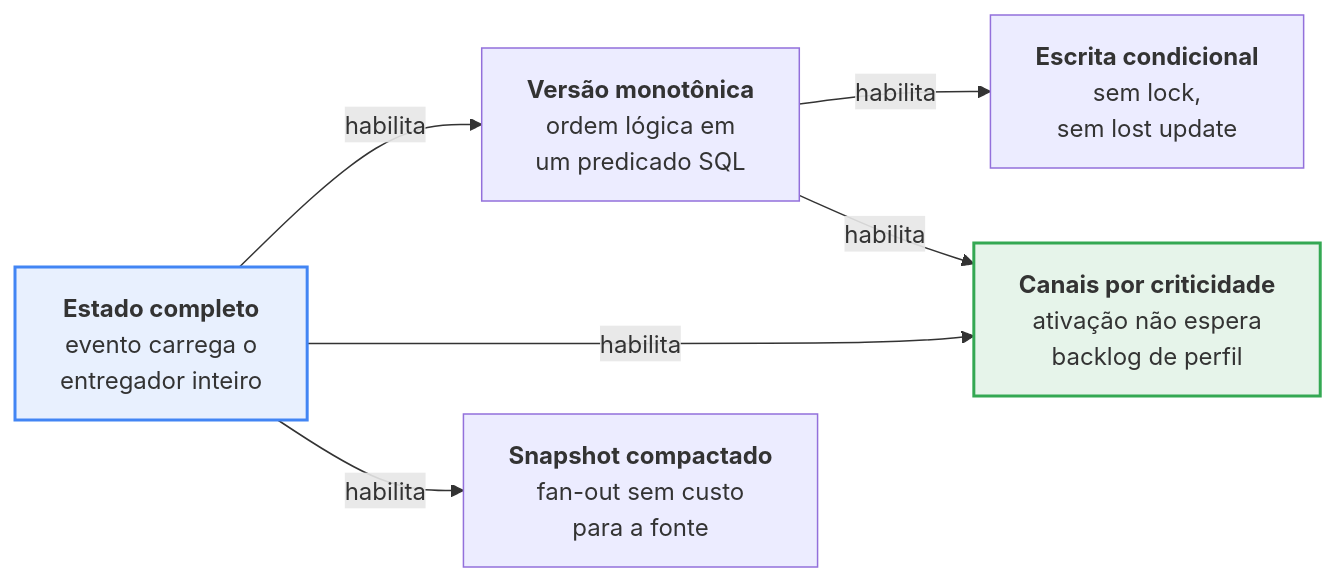
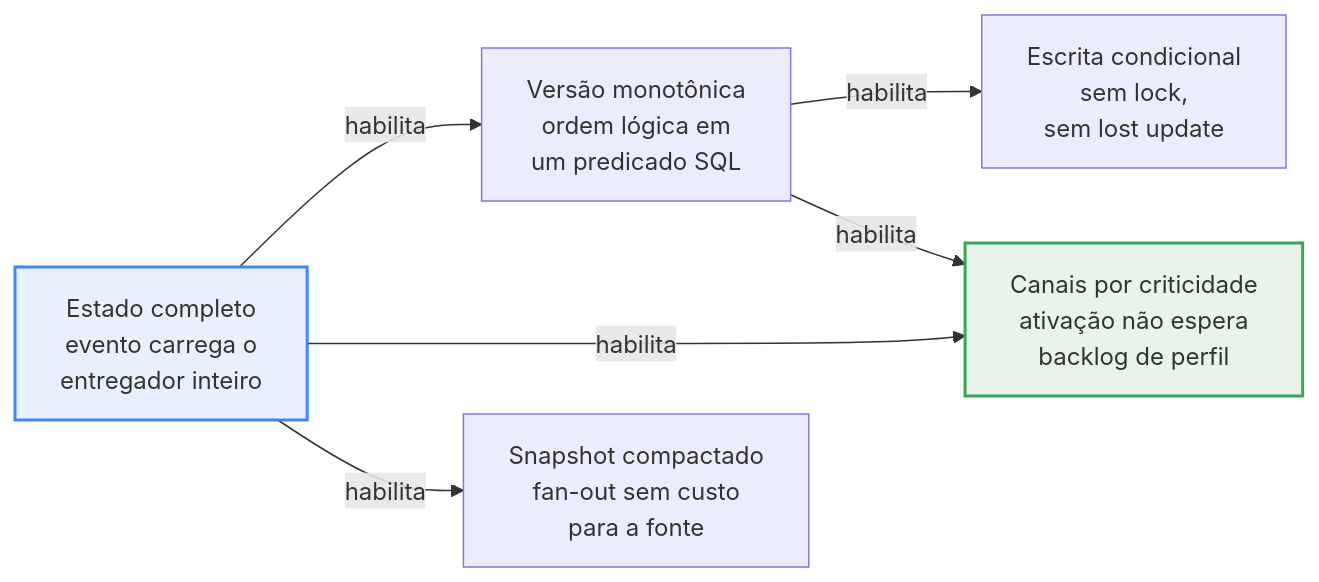
One commit to elysonromeiro/luizalabs-driver-sync-sdd changed the diagram in README.md. Above: the diagram before and after it, drawn with Mermaid. The commit also changed other lines of this file and 5 other files, not shown here.

````diff
--- a/README.md
+++ b/README.md
@@ -14,17 +14,17 @@
 ```mermaid
 flowchart LR
-    A["<b>Estado completo</b><br/>evento carrega o<br/>entregador inteiro"]
-    B["<b>Versão monotônica</b><br/>ordem lógica em<br/>um predicado SQL"]
-    C["<b>Escrita condicional</b><br/>sem lock,<br/>sem lost update"]
-    D["<b>Canais por criticidade</b><br/>ativação não espera<br/>backlog de perfil"]
-    E["<b>Snapshot compactado</b><br/>fan-out sem custo<br/>para a fonte"]
+    A["Estado completo<br/>evento carrega o<br/>entregador inteiro"]
+    B["Versão monotônica<br/>ordem lógica em<br/>um predicado SQL"]
+    C["Escrita condicional<br/>sem lock,<br/>sem lost update"]
+    D["Canais por criticidade<br/>ativação não espera<br/>backlog de perfil"]
+    E["Snapshot compactado<br/>fan-out sem custo<br/>para a fonte"]
 
     A -->|habilita| B
     B -->|habilita| C
     A -->|habilita| D
     B -->|habilita| D
     A -->|habilita| E
 
     style A fill:#e8f0fe,stroke:#4285f4,stroke-width:2px
     style D fill:#e6f4ea,stroke:#34a853,stroke-width:2px
 ```
````
